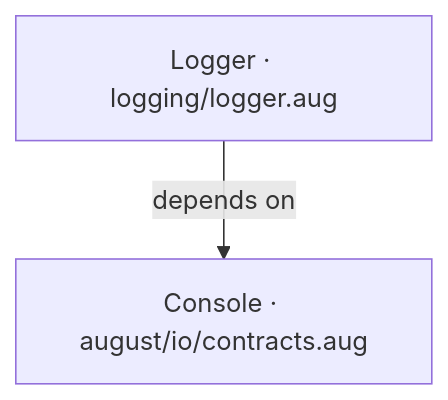
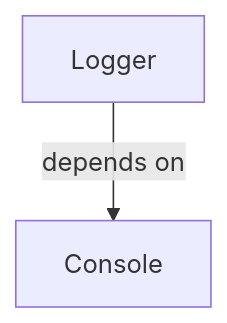
One commit to GreenPandaStudios/augscript changed the diagram in docs/examples/developer-workflow/logging/logger-diagrams.md. Above: the diagram before and after it, drawn with Mermaid. The commit also changed other lines of this file and 524 other files, not shown here.

Commit message:
Explain checked data flow at folder and service levels

````diff
--- a/docs/examples/developer-workflow/logging/logger-diagrams.md
+++ b/docs/examples/developer-workflow/logging/logger-diagrams.md
@@ -19,6 +19,6 @@
 ```mermaid
 flowchart TD
-    n0["Console · august/io/contracts.aug"]
-    n1["Logger · logging/logger.aug"]
+    n0["Console"]
+    n1["Logger"]
     n1 -->|"depends on"| n0
 ```
````
